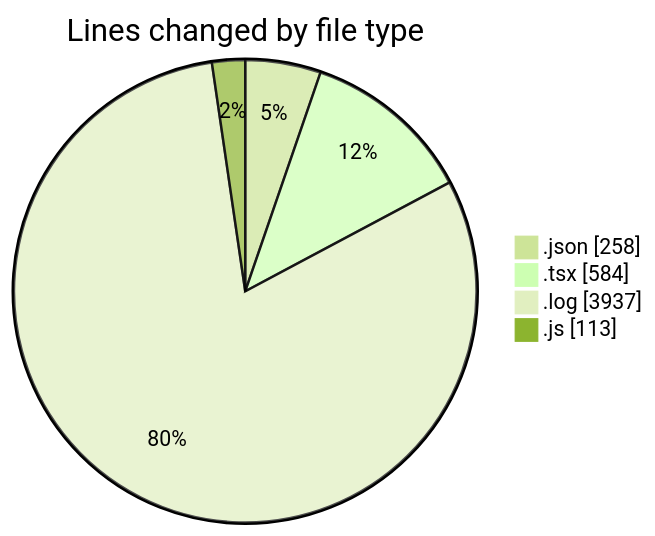
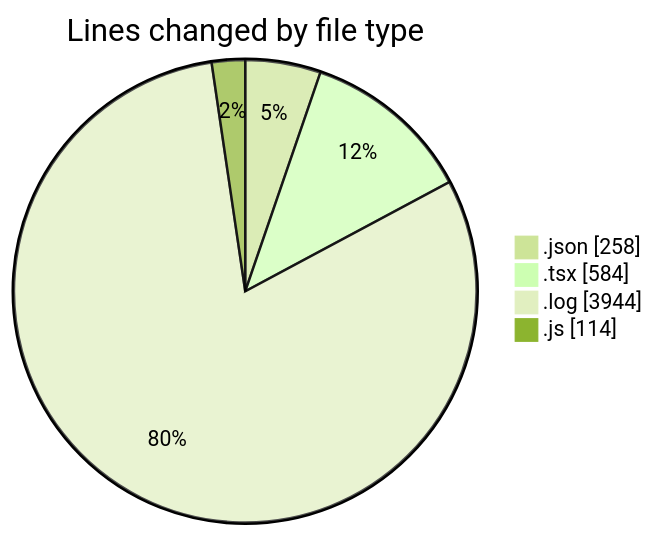
One commit to momahboobian/code-tracking changed the first of 2 diagrams in 2026-03-24/cda/README.md. Above: the diagram before and after it, drawn with Mermaid (forest theme). The commit also changed other lines of this file and 1 other file, not shown here.

````diff
--- a/2026-03-24/cda/README.md
+++ b/2026-03-24/cda/README.md
@@ -27,8 +27,8 @@
 ```mermaid
 pie showData
 title Lines changed by file type
 ".json" : 258
 ".tsx" : 584
-".log" : 3937
-".js" : 113
+".log" : 3944
+".js" : 114
 ```
````
